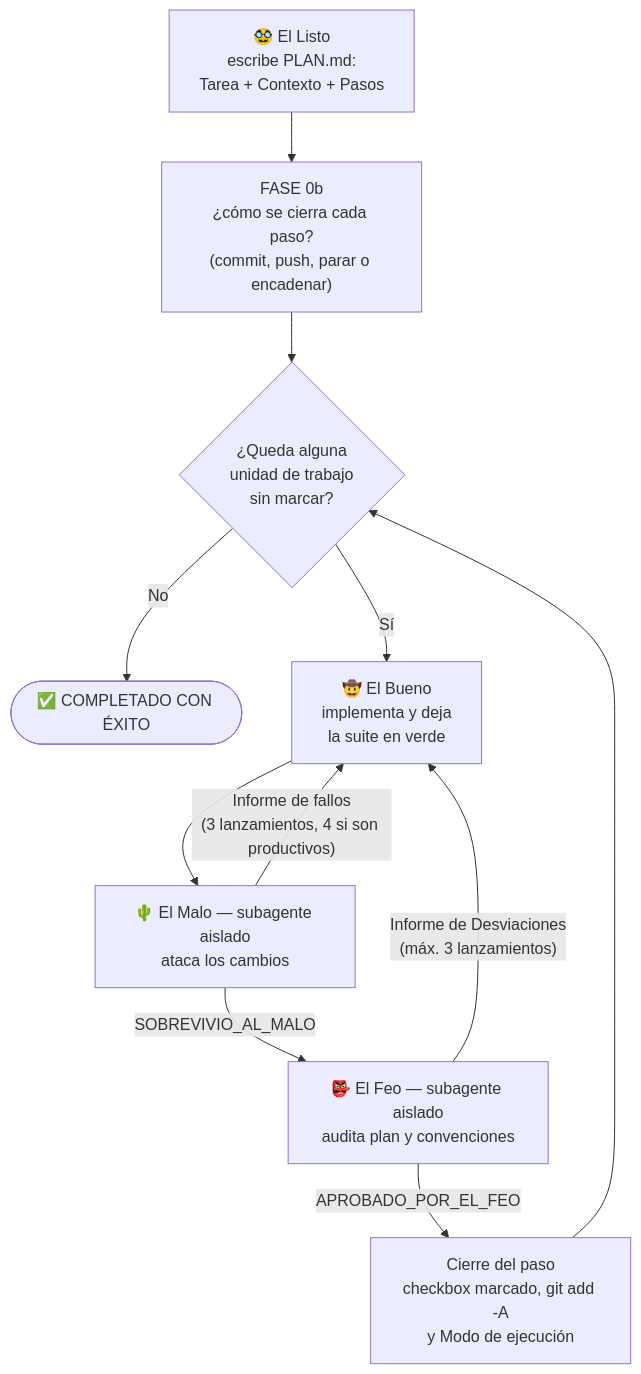
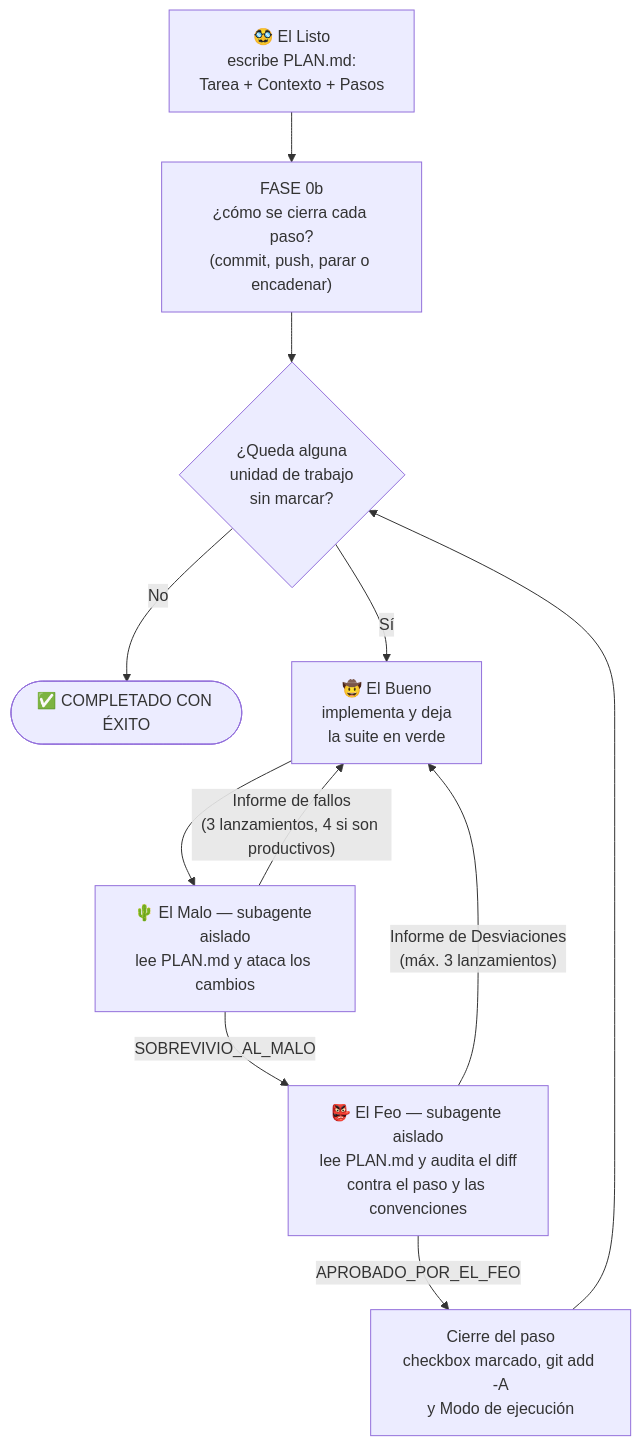
Before and after one commit to jafs/gbu: the diagram in README.md, drawn with Mermaid. The commit also changed 1 other file, not shown here.

Commit message:
Some improvements in documentation

````diff
--- a/README.md
+++ b/README.md
@@ -26,13 +26,13 @@
 ```mermaid
 flowchart TD
     L["🥸 El Listo<br/>escribe PLAN.md:<br/>Tarea + Contexto + Pasos"] --> M["FASE 0b<br/>¿cómo se cierra cada paso?<br/>(commit, push, parar o encadenar)"]
     M --> Q{"¿Queda alguna<br/>unidad de trabajo<br/>sin marcar?"}
     Q -- "No" --> FIN(["✅ COMPLETADO CON ÉXITO"])
     Q -- "Sí" --> B["🤠 El Bueno<br/>implementa y deja<br/>la suite en verde"]
-    B --> A["🌵 El Malo — subagente aislado<br/>ataca los cambios"]
+    B --> A["🌵 El Malo — subagente aislado<br/>lee PLAN.md y ataca los cambios"]
     A -- "Informe de fallos<br/>(3 lanzamientos, 4 si son productivos)" --> B
-    A -- "SOBREVIVIO_AL_MALO" --> F["👺 El Feo — subagente aislado<br/>audita plan y convenciones"]
+    A -- "SOBREVIVIO_AL_MALO" --> F["👺 El Feo — subagente aislado<br/>lee PLAN.md y audita el diff<br/>contra el paso y las convenciones"]
     F -- "Informe de Desviaciones<br/>(máx. 3 lanzamientos)" --> B
     F -- "APROBADO_POR_EL_FEO" --> C["Cierre del paso<br/>checkbox marcado, git add -A<br/>y Modo de ejecución"]
     C --> Q
 ```
````
